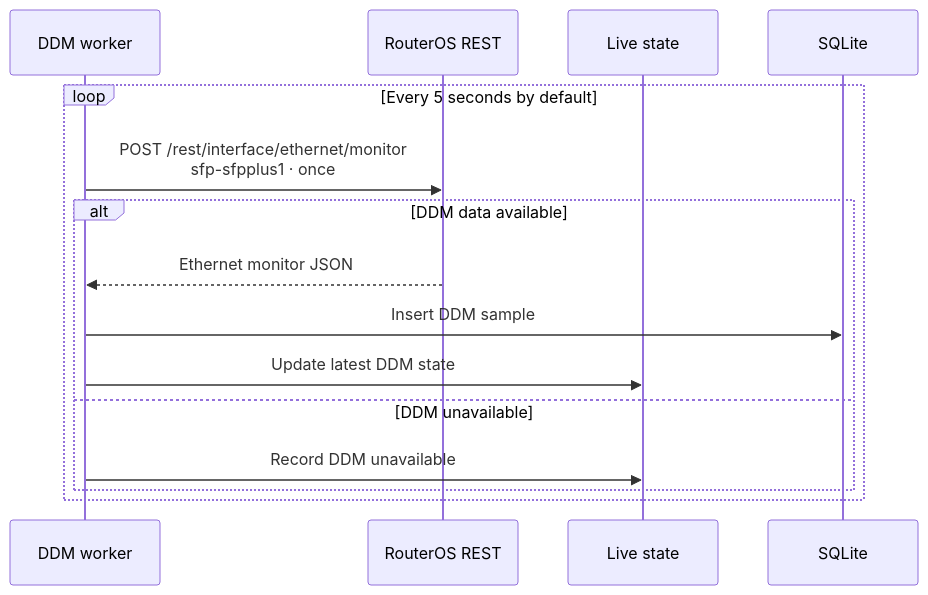
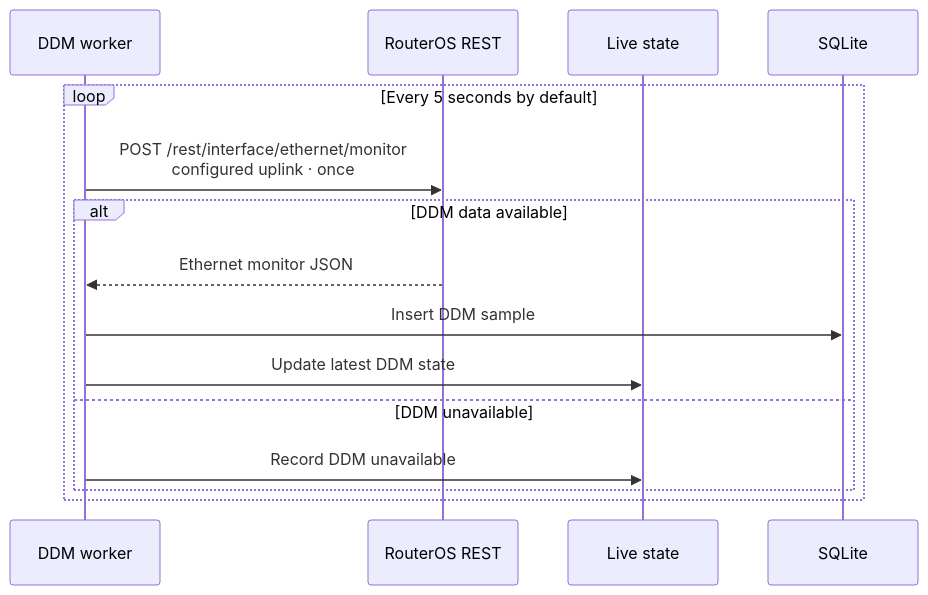
Before and after one commit to Y4el-Waka/MK-Collector: the second of 3 diagrams in docs/diagrams/data-flow.md, drawn with Mermaid. The commit also changed other lines of this file and 11 other files, not shown here.

````diff
--- a/docs/diagrams/data-flow.md
+++ b/docs/diagrams/data-flow.md
@@ -41,18 +41,18 @@
 ```mermaid
 sequenceDiagram
     participant O as DDM worker
     participant R as RouterOS REST
     participant L as Live state
     participant S as SQLite
 
     loop Every 5 seconds by default
-        O->>R: POST /rest/interface/ethernet/monitor<br/>sfp-sfpplus1 · once
+        O->>R: POST /rest/interface/ethernet/monitor<br/>configured uplink · once
         alt DDM data available
             R-->>O: Ethernet monitor JSON
             O->>S: Insert DDM sample
             O->>L: Update latest DDM state
         else DDM unavailable
             O->>L: Record DDM unavailable
         end
     end
 ```
````
